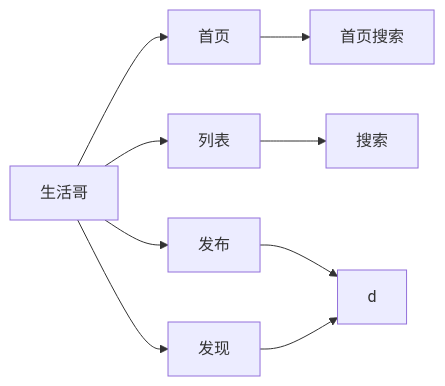
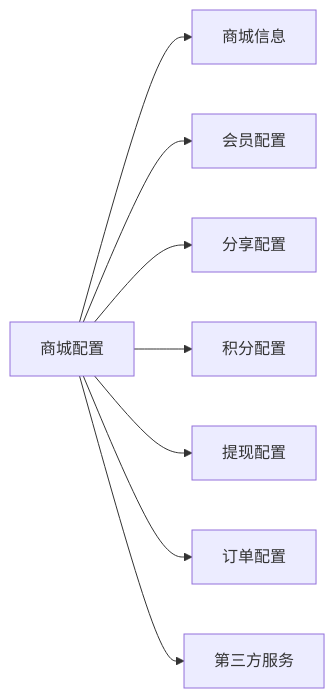
One commit to hottredpen/hottredpen.github.io changed the first of 13 diagrams in source/_posts/项目/生活哥-项目结构.md. Above: the diagram before and after it, drawn with Mermaid. The commit also changed other lines of this file, not shown here.

````diff
--- a/source/_posts/项目/生活哥-项目结构.md
+++ b/source/_posts/项目/生活哥-项目结构.md
@@ -10,15 +10,11 @@
 ```mermaid
     graph LR
-    生活哥--> 首页
-    首页-->  首页搜索
-    
-    生活哥--> 列表
-    列表--> 搜索
 
-    生活哥--> 发布
-    发布--> d
-    
-    生活哥--> 发现
-    发现--> d
-
+商城配置 --> 商城信息
+商城配置 --> 会员配置
+商城配置 --> 分享配置
+商城配置 --> 积分配置
+商城配置 --> 提现配置
+商城配置 --> 订单配置
+商城配置 --> 第三方服务 
 ```
````
